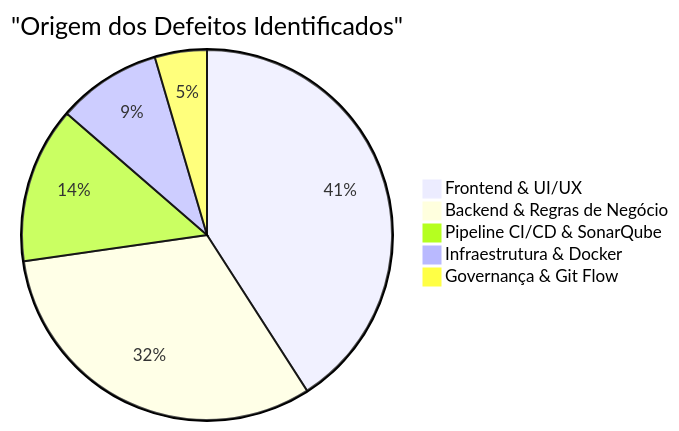
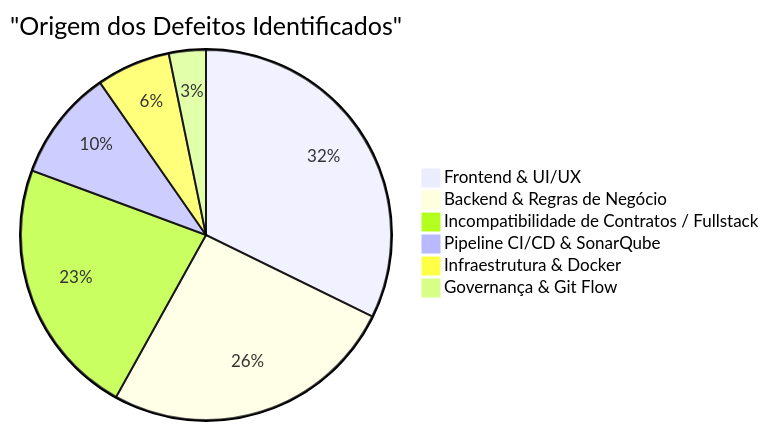
The diagram in docs/projeto-001/003-teste/RBD-Registro_de_Bugs_e_Defeitos.md (ADS-IFPB-SR/alumigest), drawn with Mermaid before and after one commit. The commit also changed other lines of this file, not shown here.

````diff
--- a/docs/projeto-001/003-teste/RBD-Registro_de_Bugs_e_Defeitos.md
+++ b/docs/projeto-001/003-teste/RBD-Registro_de_Bugs_e_Defeitos.md
@@ -698,8 +789,9 @@
 ```mermaid
 pie title "Origem dos Defeitos Identificados"
-    "Frontend & UI/UX" : 9
-    "Backend & Regras de Negócio" : 7
+    "Frontend & UI/UX" : 10
+    "Backend & Regras de Negócio" : 8
+    "Incompatibilidade de Contratos / Fullstack" : 7
     "Pipeline CI/CD & SonarQube" : 3
     "Infraestrutura & Docker" : 2
     "Governança & Git Flow" : 1
 ```
````
